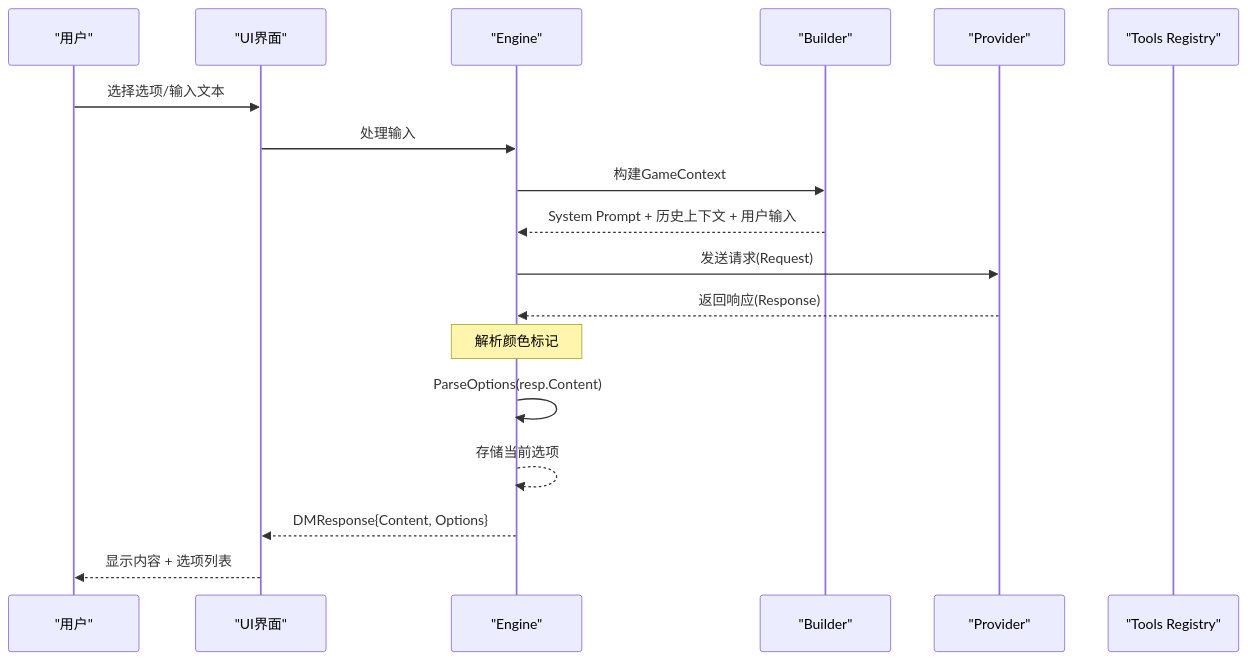
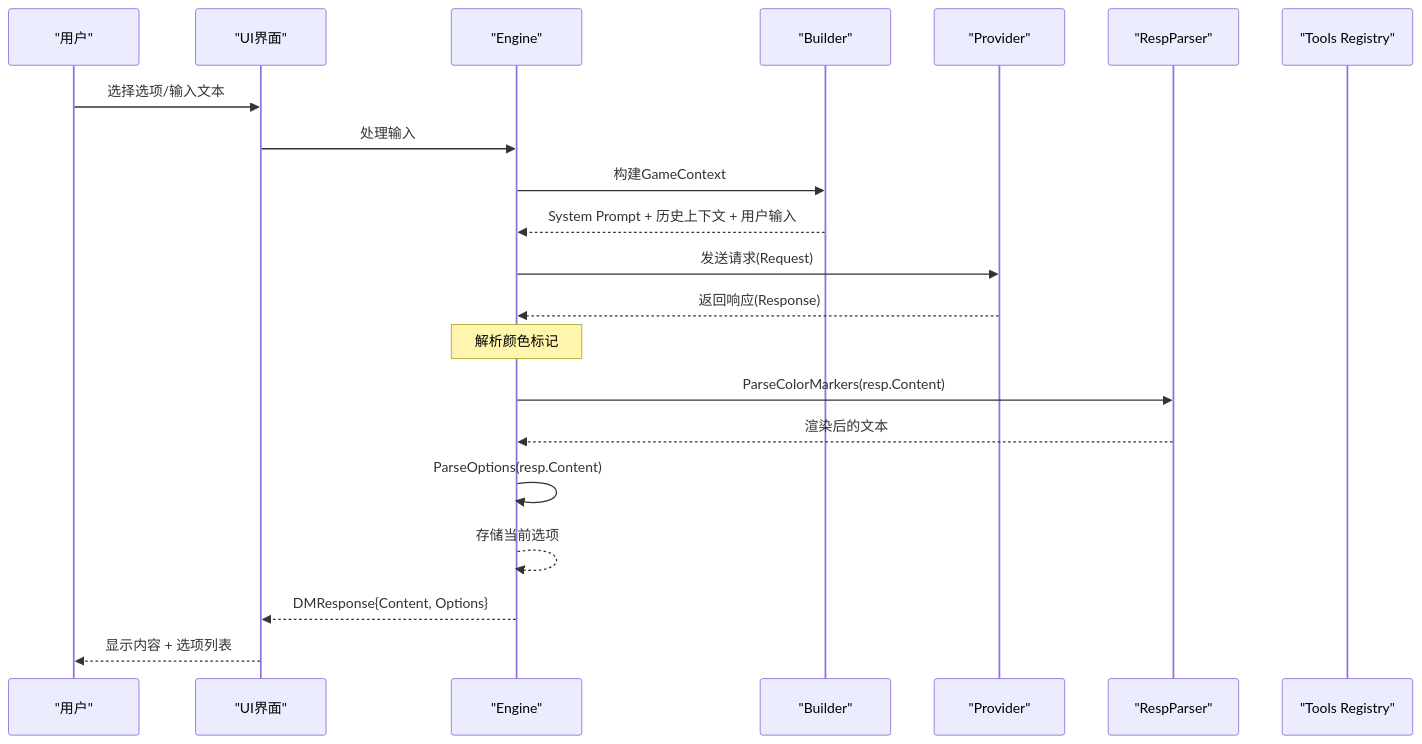
The second of 9 diagrams in .qoder/repowiki/zh/content/LLM集成系统/提示词系统.md (zwh8800/cdnd), drawn with Mermaid before and after one commit. The commit also changed other lines of this file and 2 other files, not shown here.

````diff
--- a/.qoder/repowiki/zh/content/LLM集成系统/提示词系统.md
+++ b/.qoder/repowiki/zh/content/LLM集成系统/提示词系统.md
@@ -150,20 +156,23 @@
 ```mermaid
 sequenceDiagram
 participant U as "用户"
 participant UI as "UI界面"
 participant E as "Engine"
 participant B as "Builder"
 participant P as "Provider"
+participant RP as "RespParser"
 participant TR as "Tools Registry"
 U->>UI : 选择选项/输入文本
 UI->>E : 处理输入
 E->>B : 构建GameContext
 B-->>E : System Prompt + 历史上下文 + 用户输入
 E->>P : 发送请求(Request)
 P-->>E : 返回响应(Response)
 Note over E : 解析颜色标记
+E->>RP : ParseColorMarkers(resp.Content)
+RP-->>E : 渲染后的文本
 E->>E : ParseOptions(resp.Content)
 E-->>E : 存储当前选项
 E-->>UI : DMResponse{Content, Options}
 UI-->>U : 显示内容 + 选项列表
 ```
````
